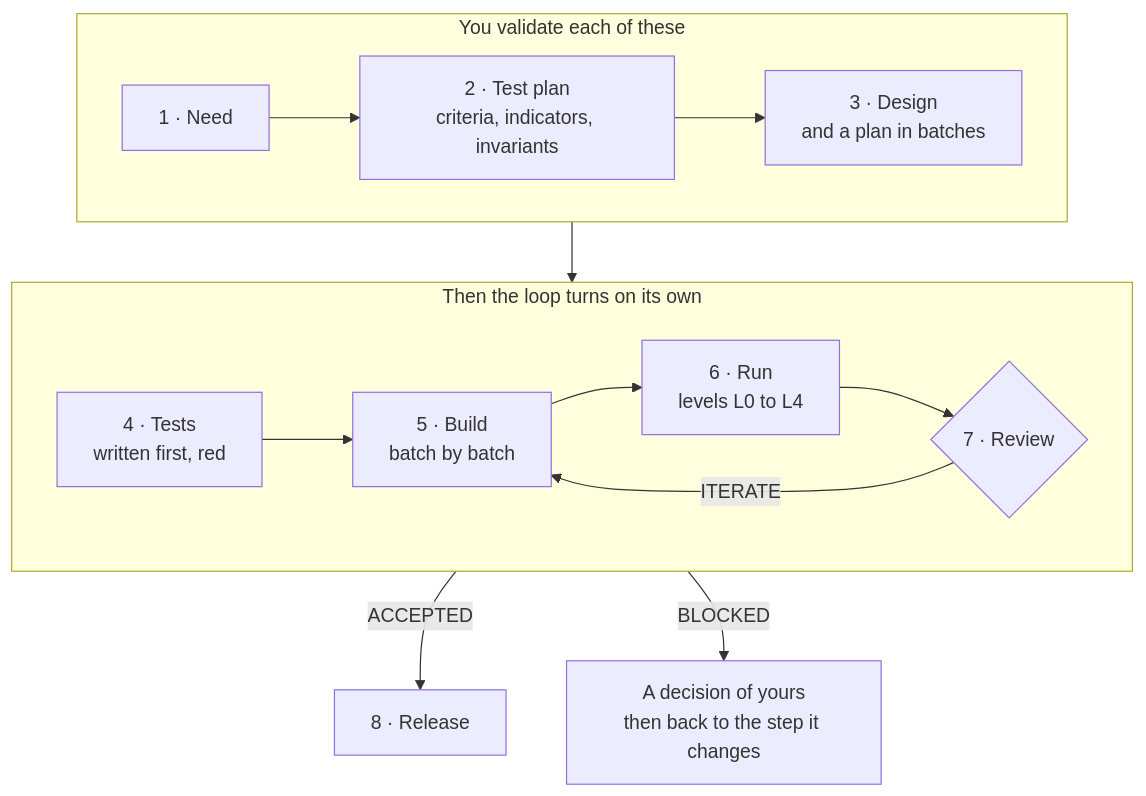
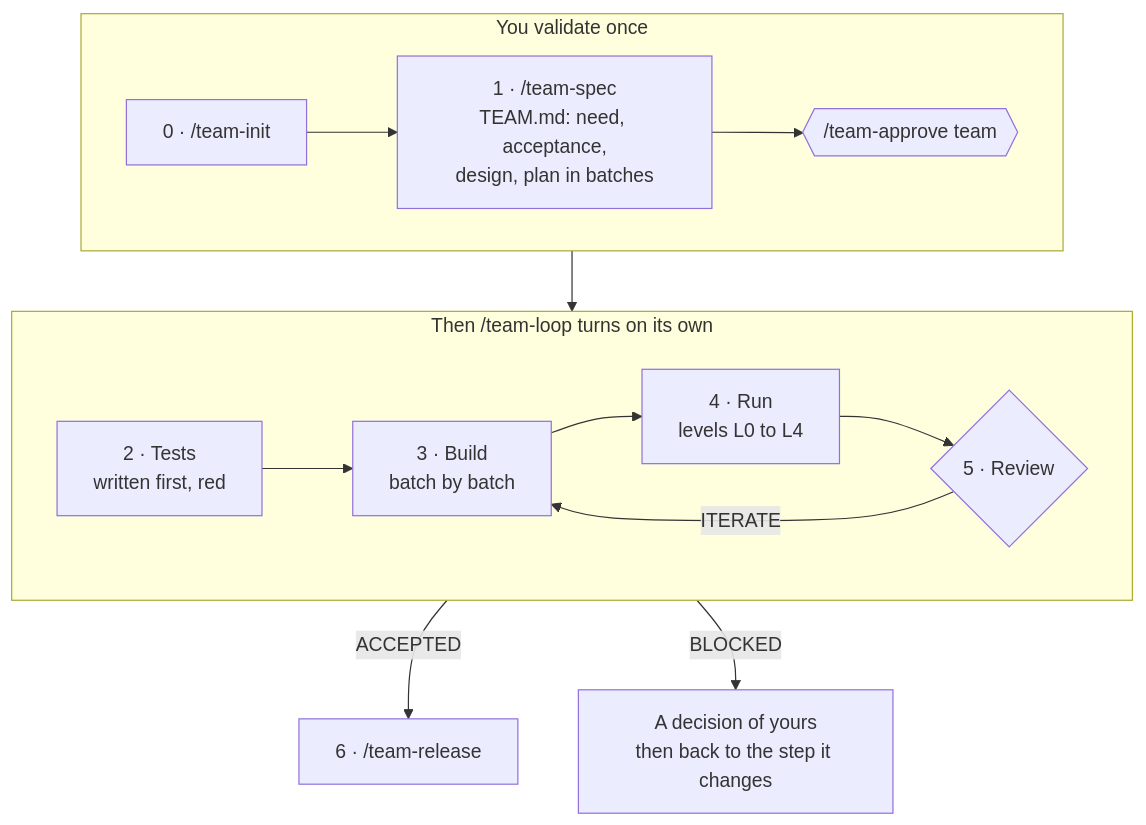
The second of 3 diagrams in docs/concepts/process.md (Orkeon/orkeon-workshop), drawn with Mermaid before and after one commit. The commit also changed other lines of this file and 335 other files, not shown here.

````diff
--- a/docs/concepts/process.md
+++ b/docs/concepts/process.md
@@ -49,18 +47,18 @@
 ```mermaid
 flowchart TB
-    subgraph prep["You validate each of these"]
+    subgraph prep["You validate once"]
         direction LR
-        need["1 · Need"] --> plan["2 · Test plan<br/>criteria, indicators, invariants"]
-        plan --> design["3 · Design<br/>and a plan in batches"]
+        init["0 · /team-init"] --> spec["1 · /team-spec<br/>TEAM.md: need, acceptance,<br/>design, plan in batches"]
+        spec --> gate{{"/team-approve team"}}
     end
-    subgraph loop["Then the loop turns on its own"]
+    subgraph loop["Then /team-loop turns on its own"]
         direction LR
-        tests["4 · Tests<br/>written first, red"] --> build["5 · Build<br/>batch by batch"]
-        build --> run["6 · Run<br/>levels L0 to L4"]
-        run --> review{"7 · Review"}
+        tests["2 · Tests<br/>written first, red"] --> build["3 · Build<br/>batch by batch"]
+        build --> run["4 · Run<br/>levels L0 to L4"]
+        run --> review{"5 · Review"}
         review -->|"ITERATE"| build
     end
     prep --> loop
-    loop -->|"ACCEPTED"| release["8 · Release"]
+    loop -->|"ACCEPTED"| release["6 · /team-release"]
     loop -->|"BLOCKED"| decision["A decision of yours<br/>then back to the step it changes"]
 ```
````
